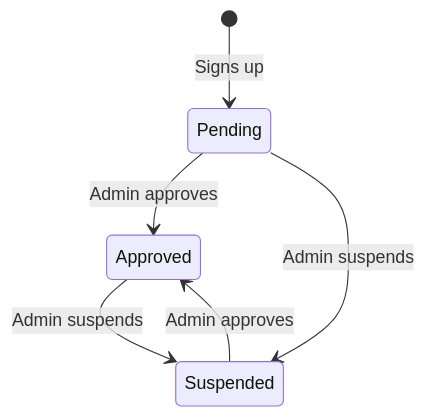
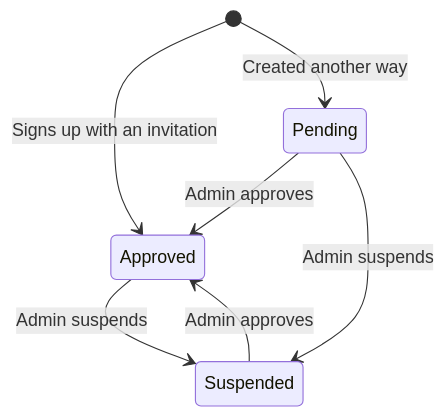
The first of 3 diagrams in Docs/Concepts.md (squideyes/GigHaus), drawn with Mermaid before and after one commit. The commit also changed other lines of this file and 33 other files, not shown here.

````diff
--- a/Docs/Concepts.md
+++ b/Docs/Concepts.md
@@ -24,8 +32,9 @@
 ```mermaid
 stateDiagram-v2
-    [*] --> Pending: Signs up
+    [*] --> Approved: Signs up with an invitation
+    [*] --> Pending: Created another way
     Pending --> Approved: Admin approves
     Approved --> Suspended: Admin suspends
     Pending --> Suspended: Admin suspends
     Suspended --> Approved: Admin approves
 ```
````
